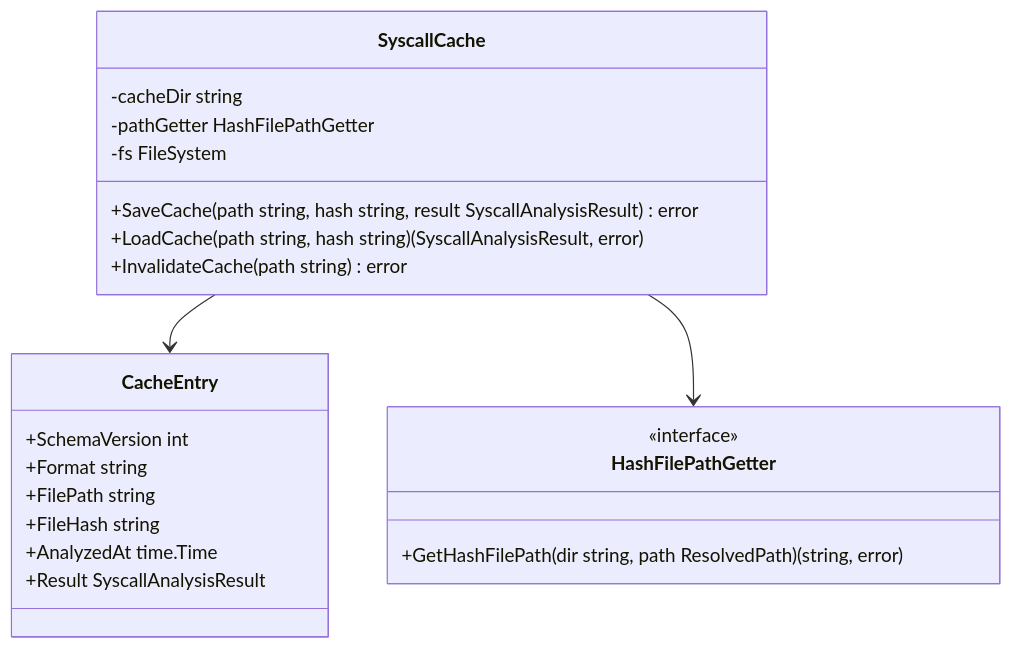
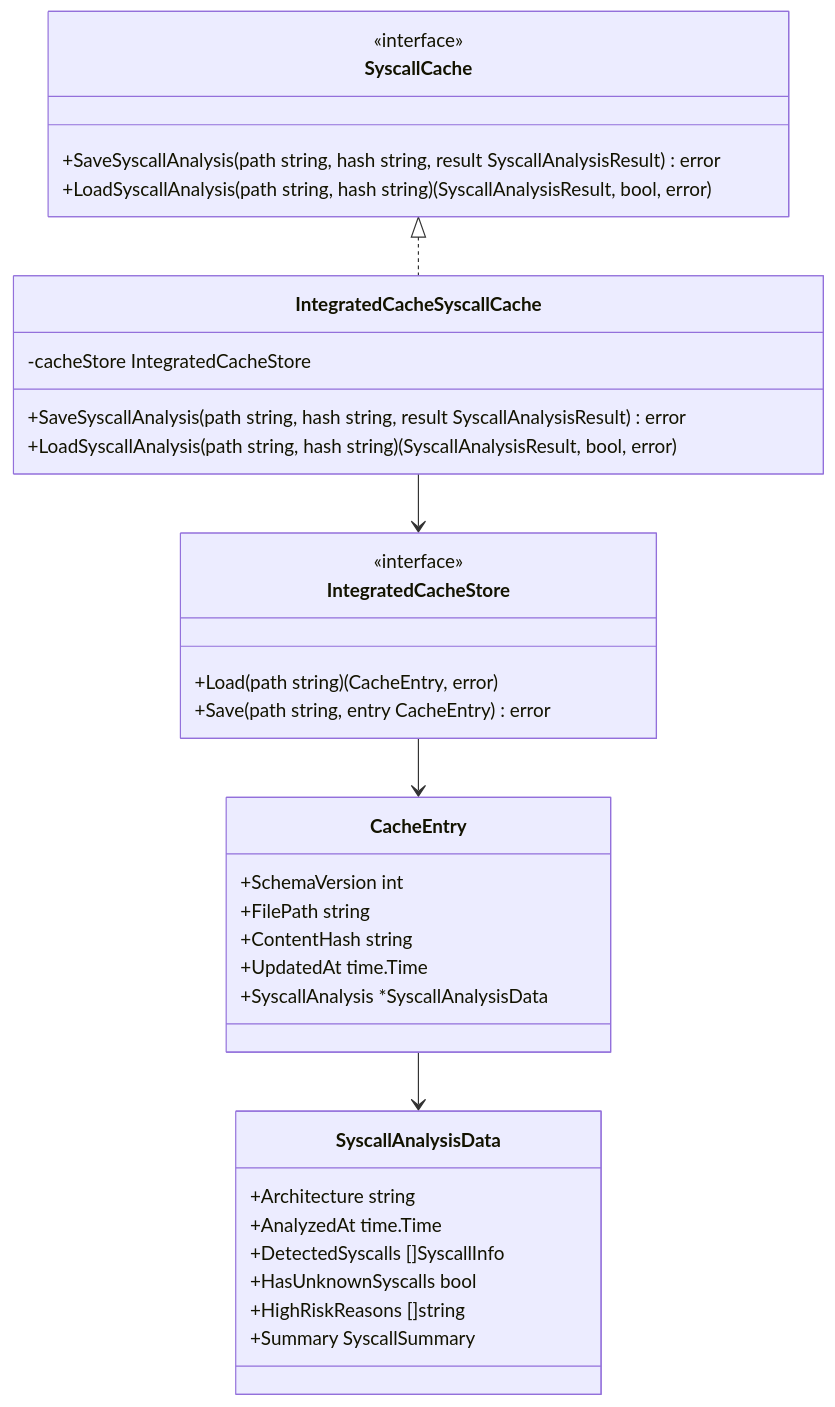
One commit to isseis/go-safe-cmd-runner changed the tenth of 17 diagrams in docs/tasks/0070_elf_syscall_analysis/02_architecture.md. Above: the diagram before and after it, drawn with Mermaid. The commit also changed other lines of this file and 1 other file, not shown here.

First line of the commit message:
Introduce integrated cache and migrate syscall-analysis cache into internal/cache

````diff
--- a/docs/tasks/0070_elf_syscall_analysis/02_architecture.md
+++ b/docs/tasks/0070_elf_syscall_analysis/02_architecture.md
@@ -315,28 +319,42 @@
 ```mermaid
 classDiagram
     class SyscallCache {
-        -cacheDir string
-        -pathGetter HashFilePathGetter
-        -fs FileSystem
-        +SaveCache(path string, hash string, result SyscallAnalysisResult) error
-        +LoadCache(path string, hash string) (SyscallAnalysisResult, error)
-        +InvalidateCache(path string) error
+        <<interface>>
+        +SaveSyscallAnalysis(path string, hash string, result SyscallAnalysisResult) error
+        +LoadSyscallAnalysis(path string, hash string) (SyscallAnalysisResult, bool, error)
+    }
+
+    class IntegratedCacheSyscallCache {
+        -cacheStore IntegratedCacheStore
+        +SaveSyscallAnalysis(path string, hash string, result SyscallAnalysisResult) error
+        +LoadSyscallAnalysis(path string, hash string) (SyscallAnalysisResult, bool, error)
+    }
+
+    class IntegratedCacheStore {
+        <<interface>>
+        +Load(path string) (CacheEntry, error)
+        +Save(path string, entry CacheEntry) error
     }
 
     class CacheEntry {
         +SchemaVersion int
-        +Format string
         +FilePath string
-        +FileHash string
-        +AnalyzedAt time.Time
-        +Result SyscallAnalysisResult
+        +ContentHash string
+        +UpdatedAt time.Time
+        +SyscallAnalysis *SyscallAnalysisData
     }
 
-    class HashFilePathGetter {
-        <<interface>>
-        +GetHashFilePath(dir string, path ResolvedPath) (string, error)
+    class SyscallAnalysisData {
+        +Architecture string
+        +AnalyzedAt time.Time
+        +DetectedSyscalls []SyscallInfo
+        +HasUnknownSyscalls bool
+        +HighRiskReasons []string
+        +Summary SyscallSummary
     }
 
-    SyscallCache --> CacheEntry
-    SyscallCache --> HashFilePathGetter
+    SyscallCache <|.. IntegratedCacheSyscallCache
+    IntegratedCacheSyscallCache --> IntegratedCacheStore
+    IntegratedCacheStore --> CacheEntry
+    CacheEntry --> SyscallAnalysisData
 ```
````
